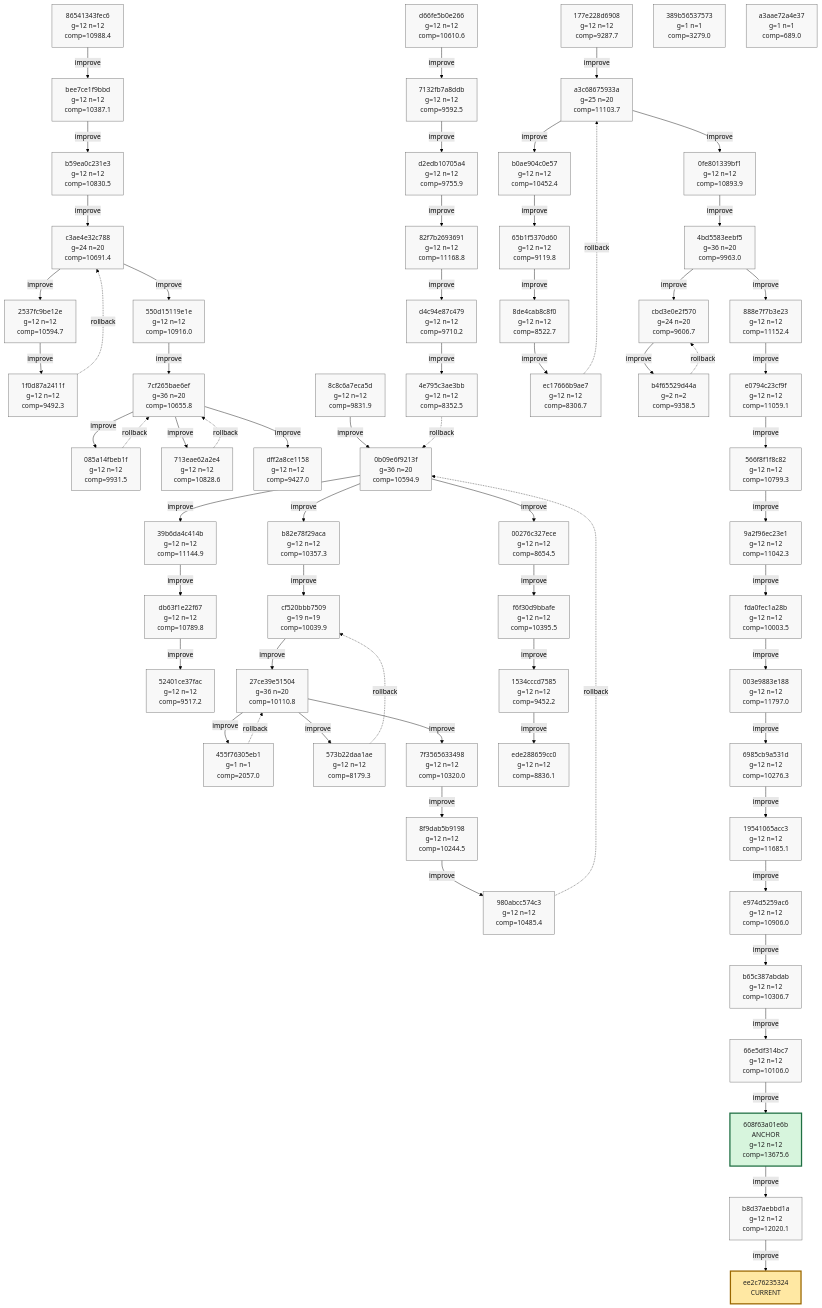
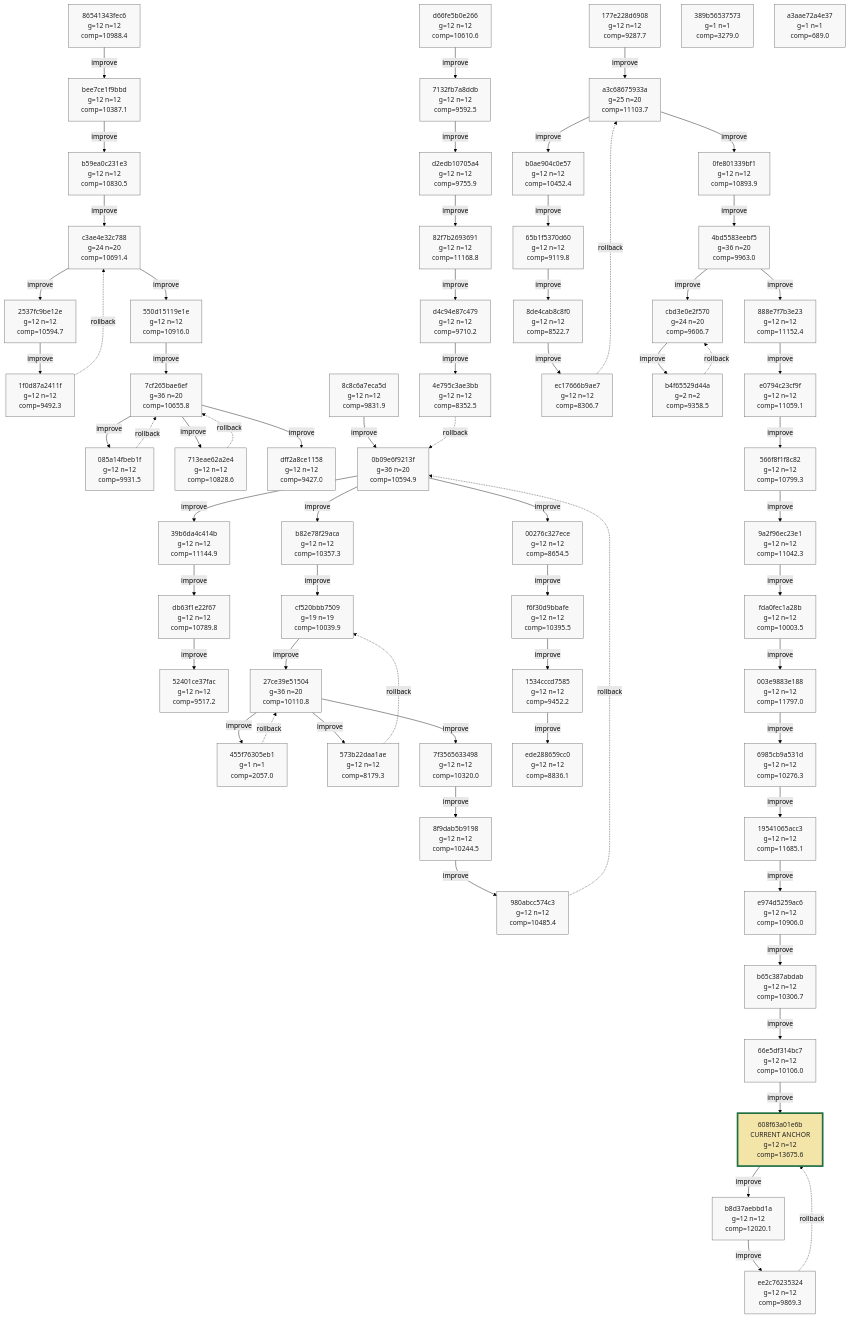
One commit to azumag/soviet_now changed the first of 10 diagrams in phyrogenetic-tree.md. Above: the diagram before and after it, drawn with Mermaid (forest theme). The commit also changed other lines of this file and 2 other files, not shown here.

````diff
--- a/phyrogenetic-tree.md
+++ b/phyrogenetic-tree.md
@@ -70,11 +70,11 @@
     h_e974d5259ac6["e974d5259ac6<br/>g=12 n=12<br/>comp=10906.0"]
     h_b65c387abdab["b65c387abdab<br/>g=12 n=12<br/>comp=10306.7"]
     h_66e5df314bc7["66e5df314bc7<br/>g=12 n=12<br/>comp=10106.0"]
-    h_608f63a01e6b["608f63a01e6b<br/>ANCHOR<br/>g=12 n=12<br/>comp=13675.6"]
+    h_608f63a01e6b["608f63a01e6b<br/>CURRENT ANCHOR<br/>g=12 n=12<br/>comp=13675.6"]
     h_b8d37aebbd1a["b8d37aebbd1a<br/>g=12 n=12<br/>comp=12020.1"]
+    h_ee2c76235324["ee2c76235324<br/>g=12 n=12<br/>comp=9869.3"]
     h_389b56537573["389b56537573<br/>g=1 n=1<br/>comp=3279.0"]
     h_a3aae72a4e37["a3aae72a4e37<br/>g=1 n=1<br/>comp=689.0"]
-    h_ee2c76235324["ee2c76235324<br/>CURRENT"]
 
     h_86541343fec6 -->|improve| h_bee7ce1f9bbd
     h_bee7ce1f9bbd -->|improve| h_b59ea0c231e3
@@ -139,6 +139,7 @@
     h_66e5df314bc7 -->|improve| h_608f63a01e6b
     h_608f63a01e6b -->|improve| h_b8d37aebbd1a
     h_b8d37aebbd1a -->|improve| h_ee2c76235324
+    h_ee2c76235324 -. rollback .-> h_608f63a01e6b
 
     classDef plain fill:#f8f8f8,stroke:#666,stroke-width:1px,color:#222;
     classDef current fill:#ffe8a3,stroke:#9a6700,stroke-width:3px,color:#222;
@@ -200,9 +201,9 @@
     class h_e974d5259ac6 plain;
     class h_b65c387abdab plain;
     class h_66e5df314bc7 plain;
-    class h_608f63a01e6b anchor;
+    class h_608f63a01e6b current_anchor;
     class h_b8d37aebbd1a plain;
+    class h_ee2c76235324 plain;
     class h_389b56537573 plain;
     class h_a3aae72a4e37 plain;
-    class h_ee2c76235324 current;
 ```
````
